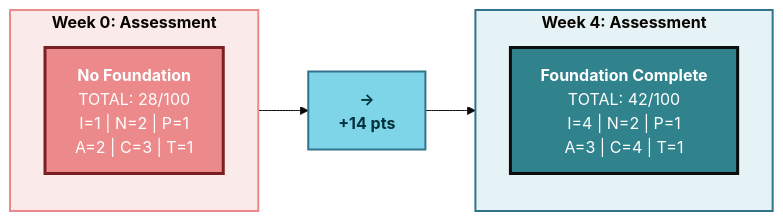
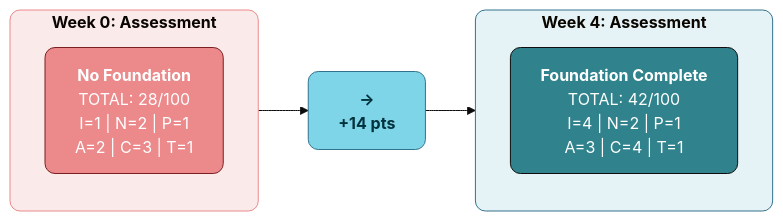
One commit to colaberry/trust-before-intelligence-book changed the tenth of 11 diagrams in manuscript/05_chapter_4_foundation_layers.md. Above: the diagram before and after it, drawn with Mermaid (base theme). The commit also changed other lines of this file and 12 other files, not shown here.

````diff
--- a/manuscript/05_chapter_4_foundation_layers.md
+++ b/manuscript/05_chapter_4_foundation_layers.md
@@ -1052,20 +1052,20 @@
 ```mermaid
 graph LR
     subgraph week0["<b>Week 0: Assessment</b>"]
         W0["<b>No Foundation</b><br/>TOTAL: 28/100</b><br/>I=1 | N=2 | P=1<br/>A=2 | C=3 | T=1"]
     end
     
     ARROW["<b>→</b><br/><b>+14 pts</b>"]
     
     subgraph week4["<b>Week 4: Assessment</b>"]
         W4["<b>Foundation Complete</b><br/>TOTAL: 42/100</b><br/>I=4 | N=2 | P=1<br/>A=3 | C=4 | T=1"]
     end
     
     week0 --> ARROW --> week4
     
-    style week0 fill:#FBEAEA,stroke:#EB898B,stroke-width:2px
-    style W0 fill:#EB898B,color:#ffffff,stroke:#7A1F22,stroke-width:3px
-    style ARROW fill:#7FD5E8,stroke:#32738C,stroke-width:2px,color:#00323D
-    style week4 fill:#E6F3F6,stroke:#32738C,stroke-width:2px
-    style W4 fill:#30838C,color:#ffffff,stroke:#0D0D0D,stroke-width:3px
+    style week0 fill:#FBEAEA,stroke:#EB898B,stroke-width:1px,rx:10,ry:10
+    style W0 fill:#EB898B,color:#ffffff,stroke:#7A1F22,stroke-width:1px,rx:10,ry:10
+    style ARROW fill:#7FD5E8,stroke:#32738C,stroke-width:1px,color:#00323D,rx:10,ry:10
+    style week4 fill:#E6F3F6,stroke:#32738C,stroke-width:1px,rx:10,ry:10
+    style W4 fill:#30838C,color:#ffffff,stroke:#0D0D0D,stroke-width:1px,rx:10,ry:10
 ```
````
